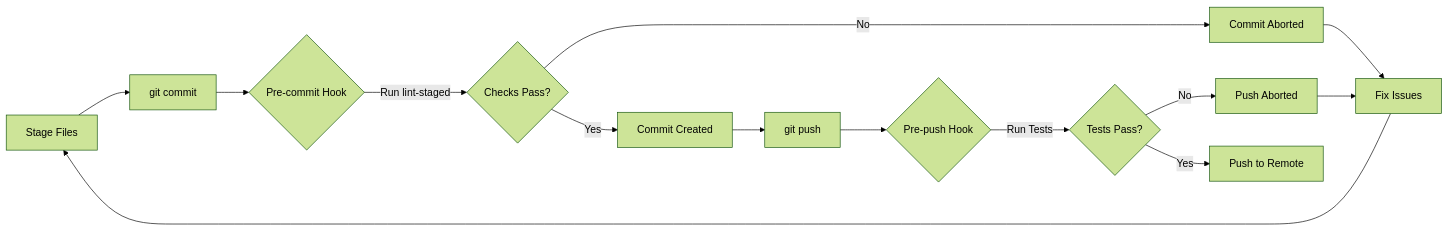
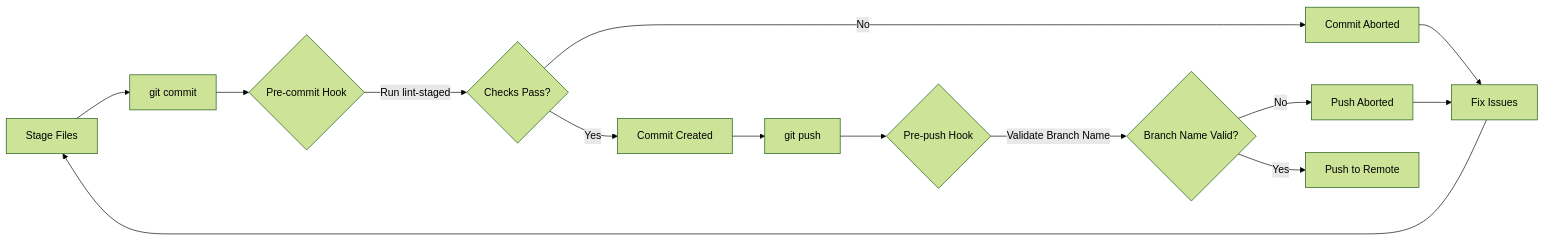
The diagram in docs/HUSKY_PRECOMMITS.md (lightspeedwp/.github), drawn with Mermaid (forest theme) before and after one commit. The commit also changed other lines of this file and 11 other files, not shown here.

````diff
--- a/docs/HUSKY_PRECOMMITS.md
+++ b/docs/HUSKY_PRECOMMITS.md
@@ -112,18 +115,18 @@
 ```mermaid
 flowchart LR
   accTitle: Workflow Overview
   accDescr: Flowchart diagram showing workflow overview
     A[Stage Files] --> B[git commit]
     B --> C{Pre-commit Hook}
     C -->|Run lint-staged| D{Checks Pass?}
     D -->|No| E[Commit Aborted]
     D -->|Yes| F[Commit Created]
     F --> G[git push]
     G --> H{Pre-push Hook}
-    H -->|Run Tests| I{Tests Pass?}
+    H -->|Validate Branch Name| I{Branch Name Valid?}
     I -->|No| J[Push Aborted]
     I -->|Yes| K[Push to Remote]
     E --> L[Fix Issues]
     J --> L
     L --> A
 ```
````
